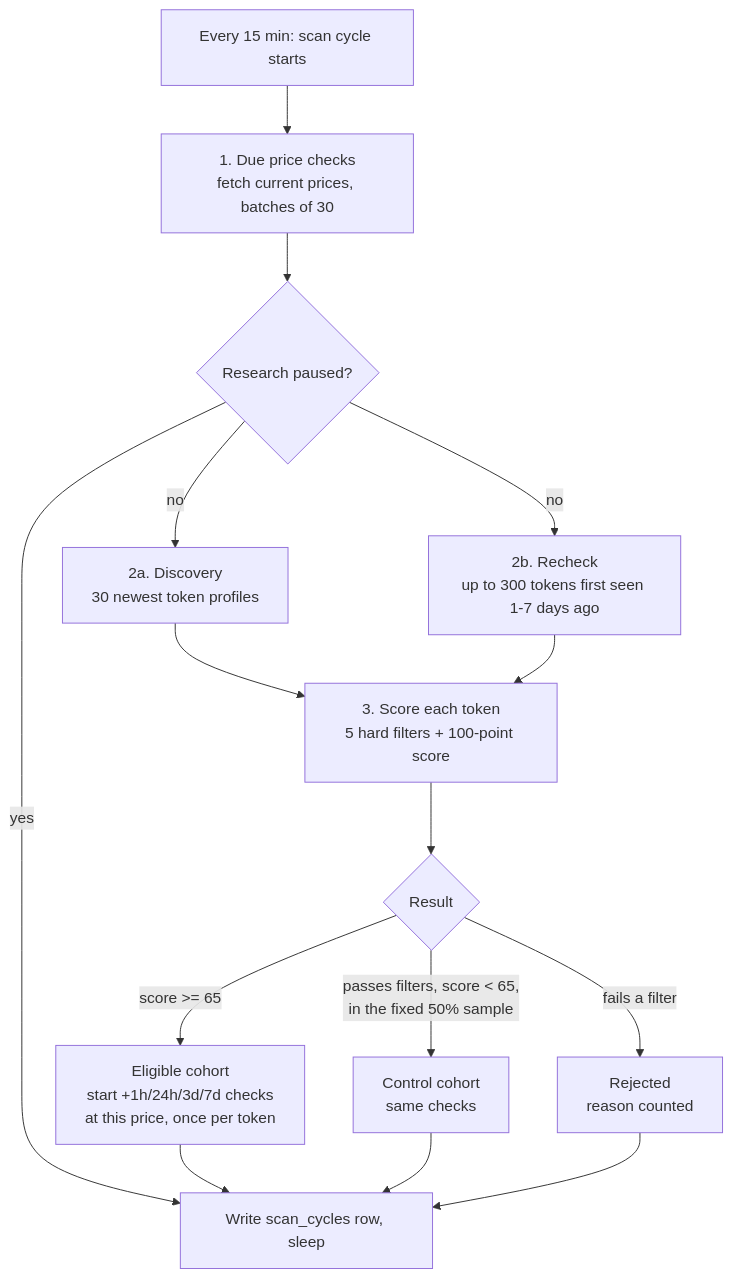
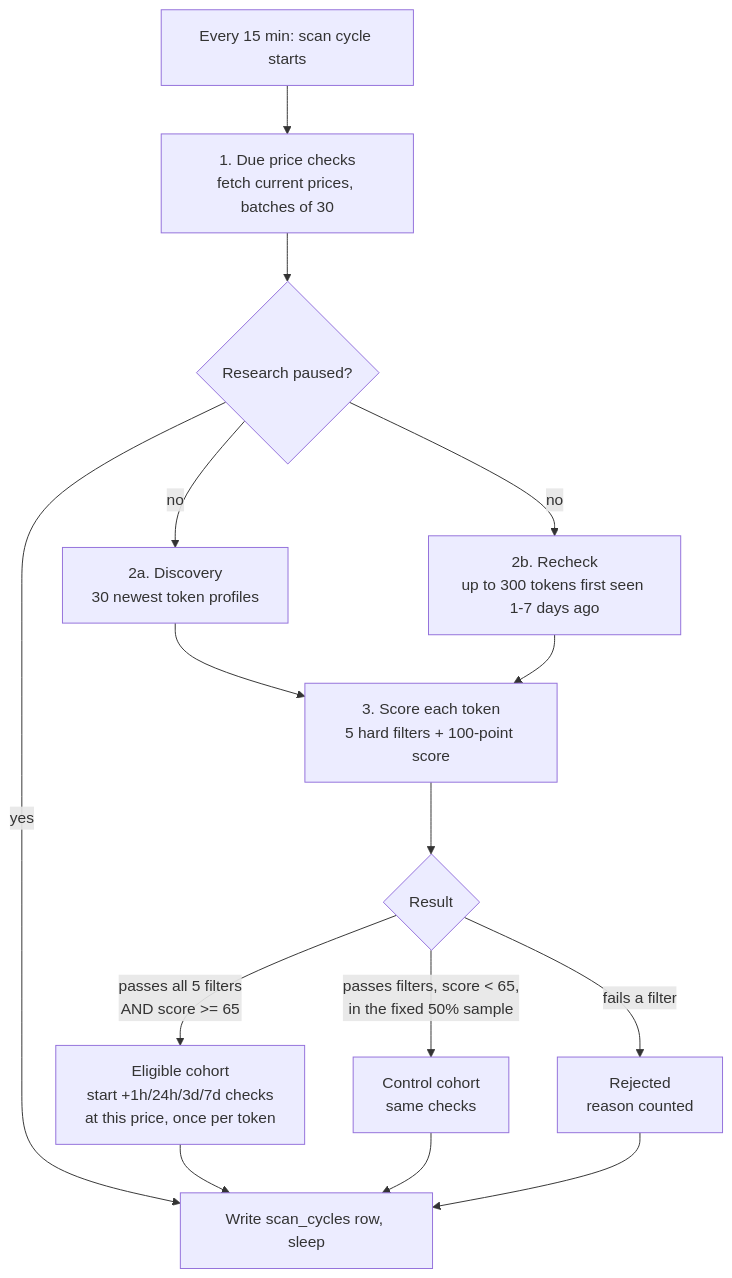
The diagram in docs/HOW_IT_WORKS.md (GinniNio/Tradebot), drawn with Mermaid before and after one commit. The commit also changed other lines of this file and 8 other files, not shown here.

````diff
--- a/docs/HOW_IT_WORKS.md
+++ b/docs/HOW_IT_WORKS.md
@@ -20,17 +20,17 @@
 ```mermaid
 flowchart TD
     A[Every 15 min: scan cycle starts] --> B[1. Due price checks<br/>fetch current prices, batches of 30]
     B --> C{Research paused?}
     C -- yes --> Z[Write scan_cycles row, sleep]
     C -- no --> D[2a. Discovery<br/>30 newest token profiles]
     C -- no --> E[2b. Recheck<br/>up to 300 tokens first seen 1-7 days ago]
     D --> F[3. Score each token<br/>5 hard filters + 100-point score]
     E --> F
     F --> G{Result}
-    G -- "score >= 65" --> H[Eligible cohort<br/>start +1h/24h/3d/7d checks<br/>at this price, once per token]
+    G -- "passes all 5 filters<br/>AND score >= 65" --> H[Eligible cohort<br/>start +1h/24h/3d/7d checks<br/>at this price, once per token]
     G -- "passes filters, score < 65,<br/>in the fixed 50% sample" --> I[Control cohort<br/>same checks]
     G -- fails a filter --> J[Rejected<br/>reason counted]
     H --> Z
     I --> Z
     J --> Z
 ```
````
